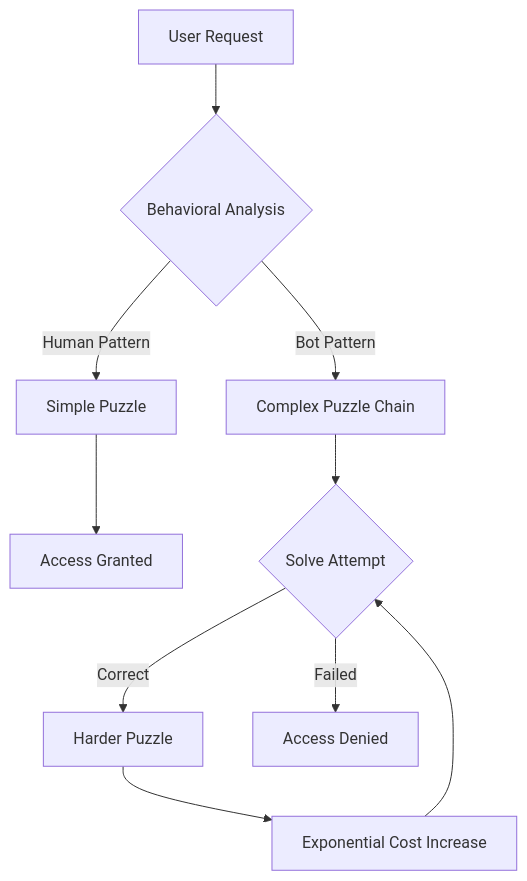
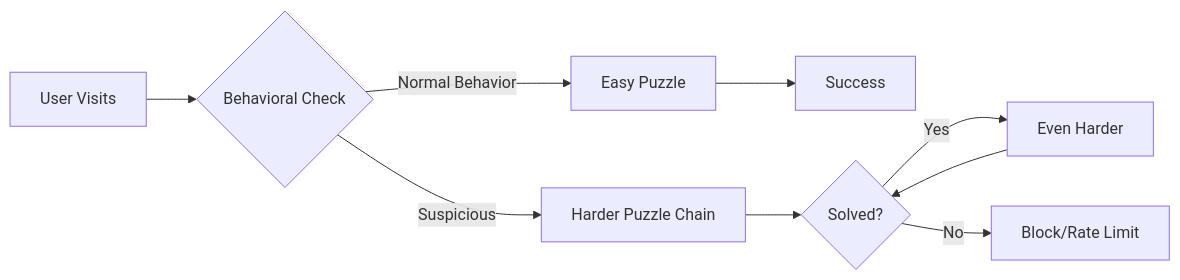
Before and after one commit to Saranoah/The-Paradox-Loop-CAPTCHA: the diagram in README.md, drawn with Mermaid. The commit also changed other lines of this file, not shown here.

````diff
--- a/README.md
+++ b/README.md
@@ -15,12 +102,11 @@
 ```mermaid
-graph TD
-    A[User Request] --> B{Behavioral Analysis}
-    B -->|Human Pattern| C[Simple Puzzle]
-    B -->|Bot Pattern| D[Complex Puzzle Chain]
-    C --> E[Access Granted]
-    D --> F{Solve Attempt}
-    F -->|Correct| G[Harder Puzzle]
-    F -->|Failed| H[Access Denied]
-    G --> I[Exponential Cost Increase]
-    I --> F
+graph LR
+    A[User Visits] --> B{Behavioral Check}
+    B -->|Normal Behavior| C[Easy Puzzle]
+    B -->|Suspicious| D[Harder Puzzle Chain]
+    C --> E[Success]
+    D --> F{Solved?}
+    F -->|Yes| G[Even Harder]
+    F -->|No| H[Block/Rate Limit]
+    G --> F
 ```
````
